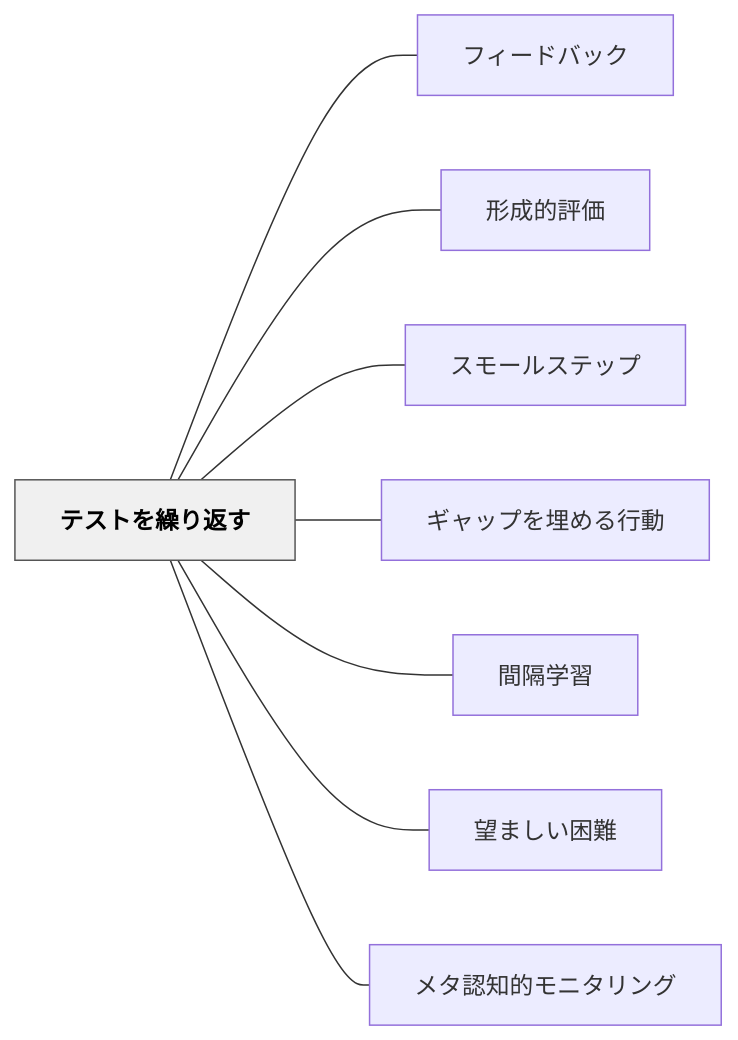
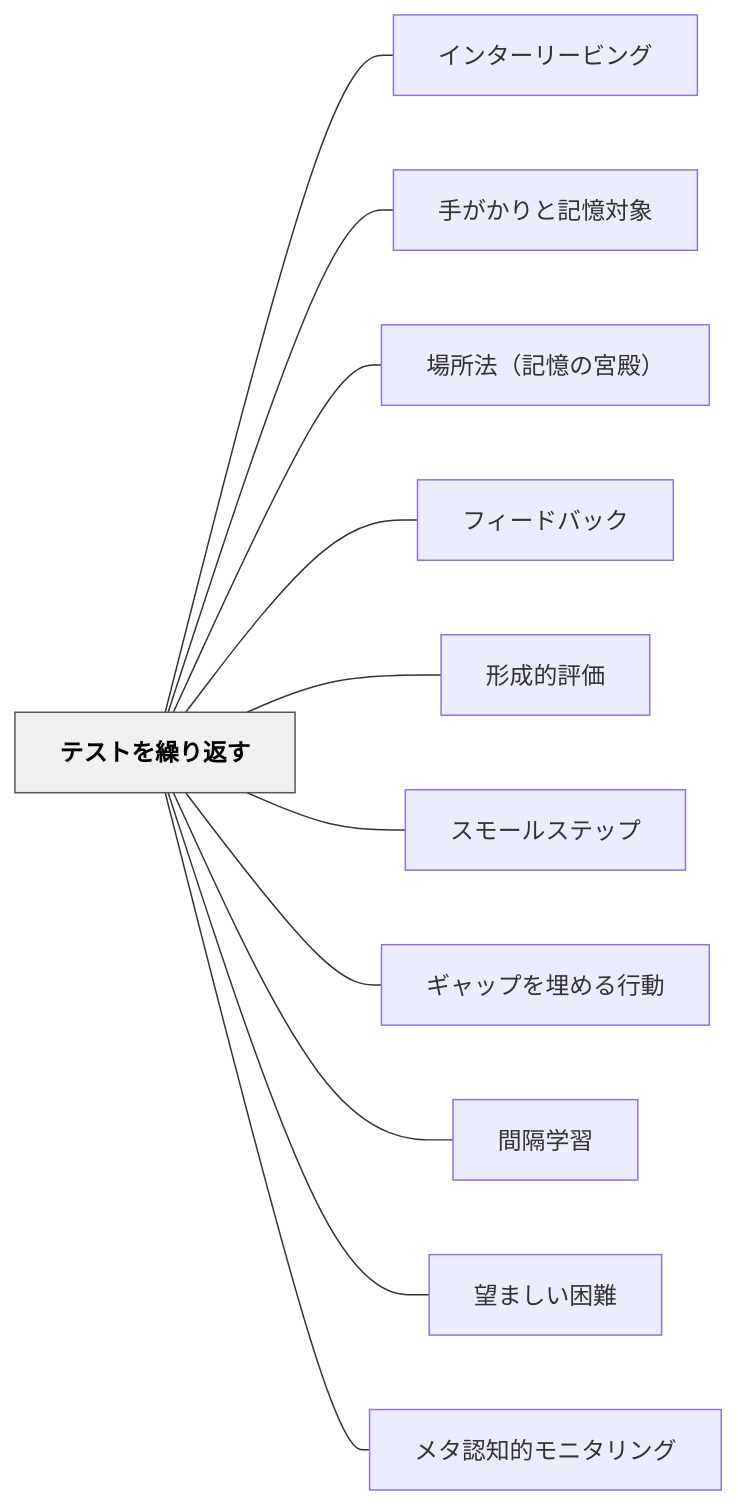
Before and after one commit to unknownthings-ed-patterns/unknownthings-ed-patterns: the diagram in content/パタン/テストを繰り返す.md, drawn with Mermaid. The commit also changed other lines of this file and 473 other files, not shown here.

````diff
--- a/content/パタン/テストを繰り返す.md
+++ b/content/パタン/テストを繰り返す.md
@@ -76,22 +79,28 @@
 ```mermaid
 flowchart LR
     ne38386e382b9["テストを繰り返す"]
+    ne382a4e383b3["インターリービング"]
+    ne6898be3818c["手がかりと記憶対象"]
+    ne5a0b4e68980["場所法（記憶の宮殿）"]
     ne38395e382a3["フィードバック"]
     ne5bda2e68890["形成的評価"]
     ne382b9e383a2["スモールステップ"]
     ne382aee383a3["ギャップを埋める行動"]
     ne99693e99a94["間隔学習"]
     ne69c9be381be["望ましい困難"]
     ne383a1e382bf["メタ認知的モニタリング"]
 
+    ne38386e382b9 --- ne382a4e383b3
+    ne38386e382b9 --- ne6898be3818c
+    ne38386e382b9 --- ne5a0b4e68980
     ne38386e382b9 --- ne38395e382a3
     ne38386e382b9 --- ne5bda2e68890
     ne38386e382b9 --- ne382b9e383a2
     ne38386e382b9 --- ne382aee383a3
     ne38386e382b9 --- ne99693e99a94
     ne38386e382b9 --- ne69c9be381be
     ne38386e382b9 --- ne383a1e382bf
 
     classDef hub fill:#f0f0f0,stroke:#555,color:#000,font-weight:bold
     class ne38386e382b9 hub
 ```
````
